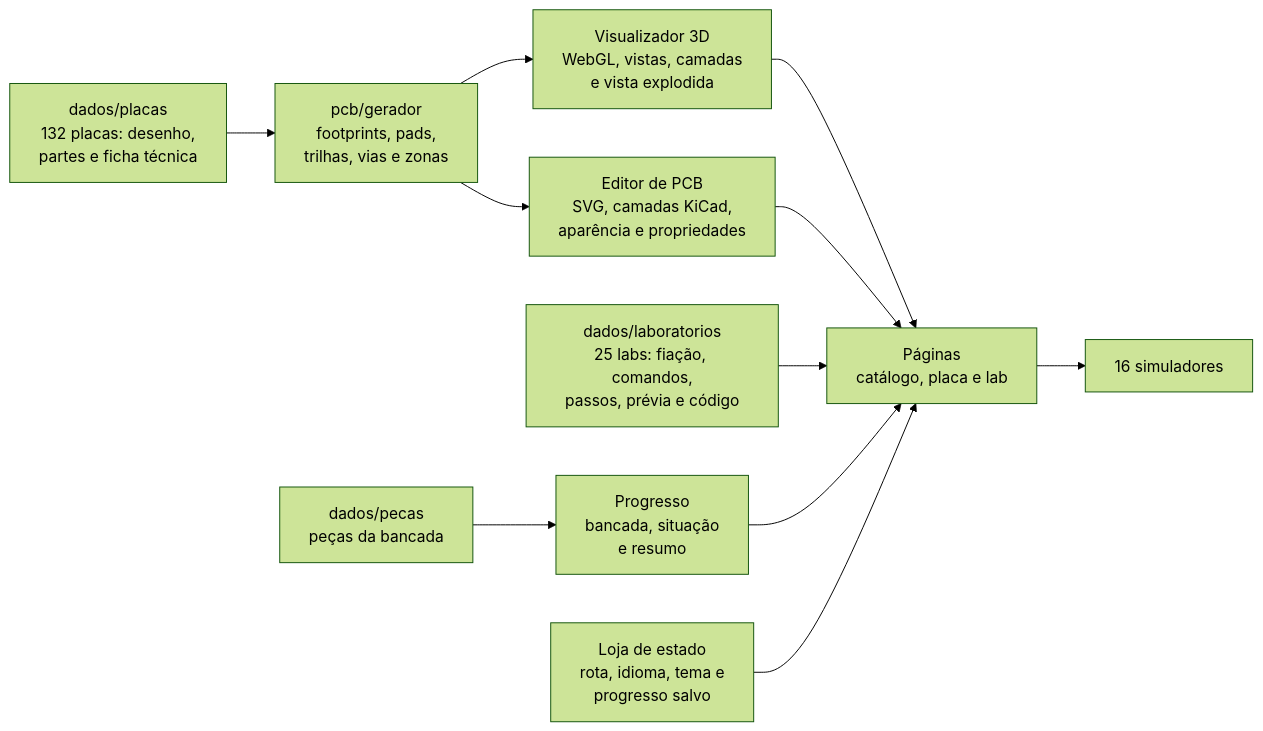
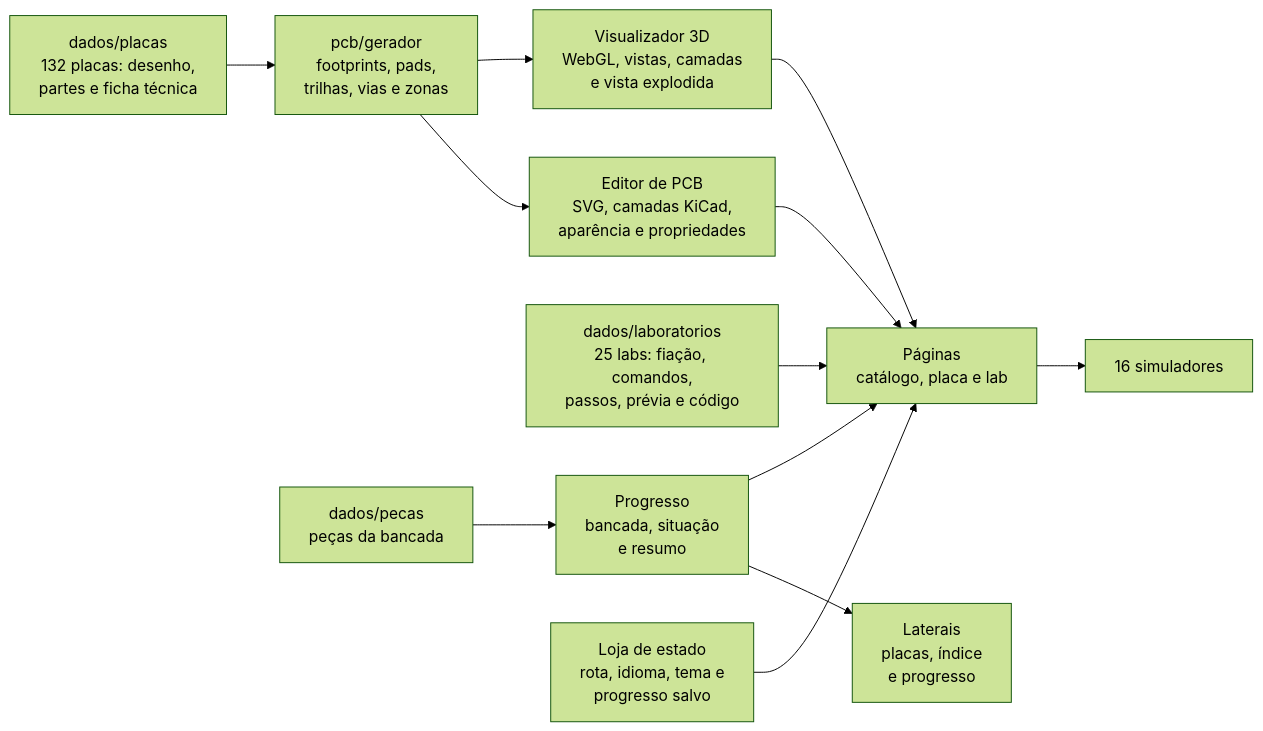
Before and after one commit to ravelroot/Circuit-Board-Bench-Lab: the diagram in README.md, drawn with Mermaid (forest theme). The commit also changed other lines of this file and 20 other files, not shown here.

````diff
--- a/README.md
+++ b/README.md
@@ -98,13 +105,14 @@
 ```mermaid
 flowchart LR
     PLACAS["dados/placas<br/>132 placas: desenho,<br/>partes e ficha técnica"] --> PCB["pcb/gerador<br/>footprints, pads,<br/>trilhas, vias e zonas"]
     PCB --> VISOR["Visualizador 3D<br/>WebGL, vistas, camadas<br/>e vista explodida"]
     PCB --> EDITOR["Editor de PCB<br/>SVG, camadas KiCad,<br/>aparência e propriedades"]
     EDITOR --> PAGINAS
     LABS["dados/laboratorios<br/>25 labs: fiação, comandos,<br/>passos, prévia e código"] --> PAGINAS["Páginas<br/>catálogo, placa e lab"]
     PECAS["dados/pecas<br/>peças da bancada"] --> PROG["Progresso<br/>bancada, situação<br/>e resumo"]
     PROG --> PAGINAS
+    PROG --> LAT["Laterais<br/>placas, índice<br/>e progresso"]
     VISOR --> PAGINAS
     LOJA["Loja de estado<br/>rota, idioma, tema e<br/>progresso salvo"] --> PAGINAS
     PAGINAS --> SIM["16 simuladores"]
 ```
````
